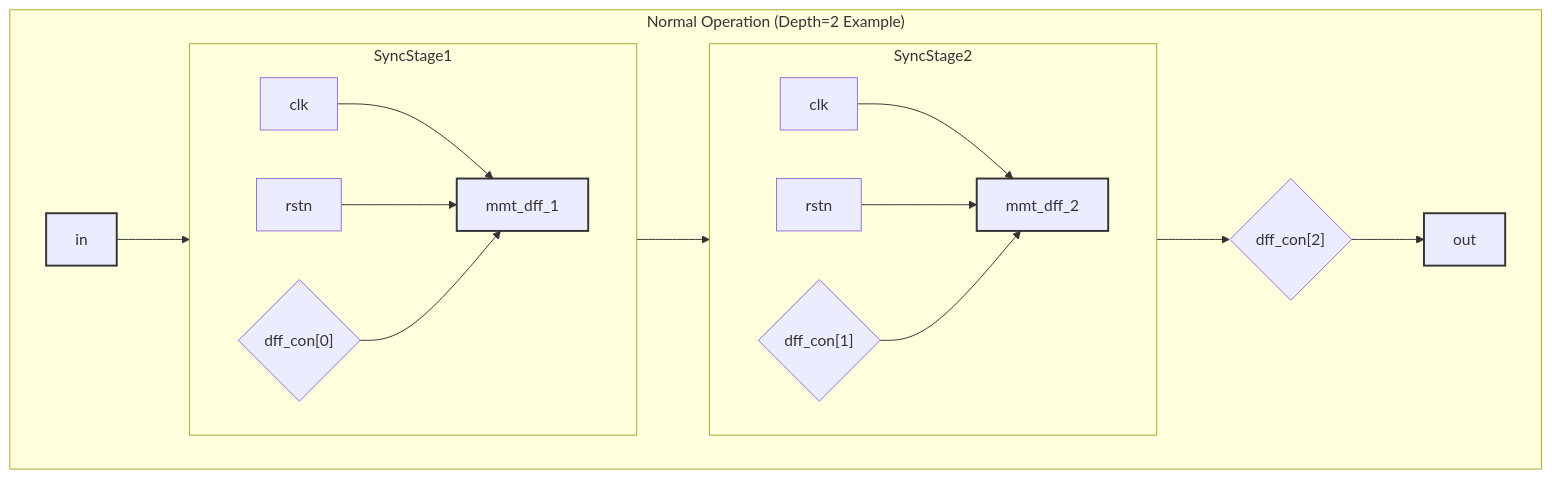
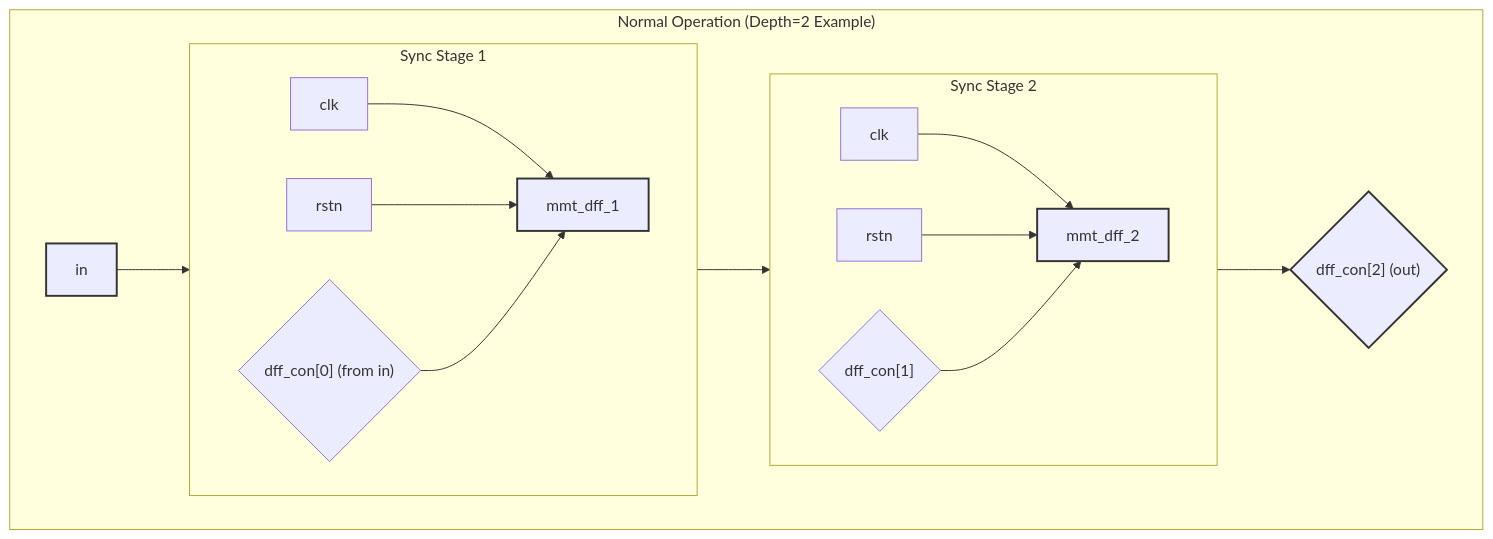
One commit to alanjiang628/single_sync_cell changed the first of 6 diagrams in mmt_sync_single_diagrams.md. Above: the diagram before and after it, drawn with Mermaid. The commit also changed other lines of this file and 2 other files, not shown here.

Commit message:
update for sync single

````diff
--- a/mmt_sync_single_diagrams.md
+++ b/mmt_sync_single_diagrams.md
@@ -9,32 +9,30 @@
 ```mermaid
 %% 1. 正常操作 (未定义 INJECT_X 或 INJECT_DELAY)
 graph TD;
     subgraph mmt_sync_single_normal ["Normal Operation (Depth=2 Example)"]
         direction LR;
         
-        IN[in] --> DFF1_IN{"dff_con[0]"};
+        IN[in] --> DFF1_IN_Normal{"dff_con[0] (from in)"};
         
-        subgraph SyncStage1
+        subgraph SyncStage1_Normal ["Sync Stage 1"]
             direction LR;
-            CLK1[clk] --> DFF1[mmt_dff_1];
-            RSTN1[rstn] --> DFF1;
-            DFF1_IN --> DFF1;
+            CLK1_N[clk] --> DFF1_N[mmt_dff_1];
+            RSTN1_N[rstn] --> DFF1_N;
+            DFF1_IN_Normal --> DFF1_N;
         end
-        DFF1 --> DFF1_OUT{"dff_con[1]"};
+        DFF1_N --> DFF1_OUT_Normal{"dff_con[1]"};
         
-        subgraph SyncStage2
+        subgraph SyncStage2_Normal ["Sync Stage 2"]
             direction LR;
-            CLK2[clk] --> DFF2[mmt_dff_2];
-            RSTN2[rstn] --> DFF2;
-            DFF1_OUT --> DFF2;
+            CLK2_N[clk] --> DFF2_N[mmt_dff_2];
+            RSTN2_N[rstn] --> DFF2_N;
+            DFF1_OUT_Normal --> DFF2_N;
         end
-        DFF2 --> DFF2_OUT{"dff_con[2]"};
+        DFF2_N --> DFF2_OUT_Normal{"dff_con[2] (out)"};
         
-        DFF2_OUT --> OUT[out];
-
         style IN fill:#lightgreen,stroke:#333,stroke-width:2px
-        style OUT fill:#lightblue,stroke:#333,stroke-width:2px
-        style DFF1 fill:#orange,stroke:#333,stroke-width:2px
-        style DFF2 fill:#orange,stroke:#333,stroke-width:2px
+        style DFF2_OUT_Normal fill:#lightblue,stroke:#333,stroke-width:2px
+        style DFF1_N fill:#orange,stroke:#333,stroke-width:2px
+        style DFF2_N fill:#orange,stroke:#333,stroke-width:2px
     end
 ```
````
